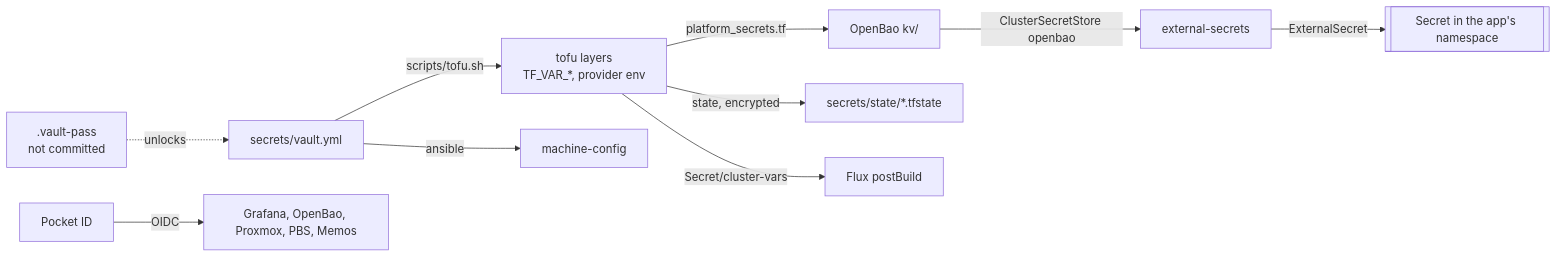
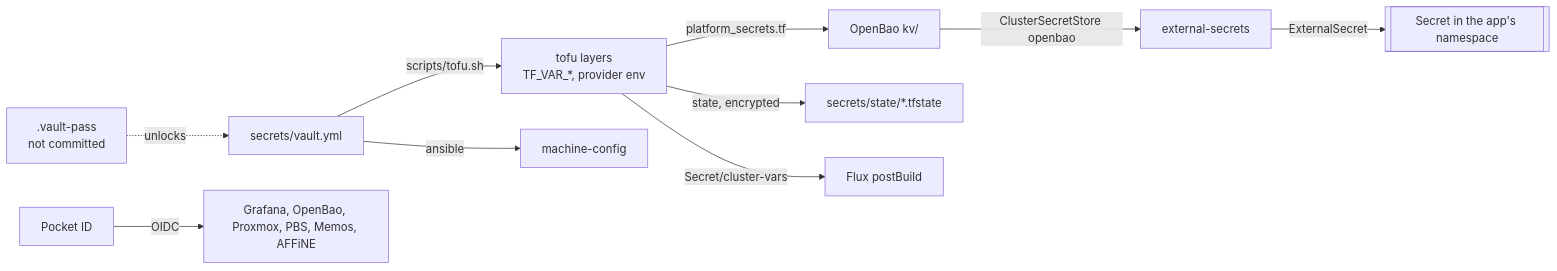
One commit to Sojamann/homelab changed the diagram in docs/src/access.md. Above: the diagram before and after it, drawn with Mermaid. The commit also changed other lines of this file and 20 other files, not shown here.

Commit message:
apps: AFFiNE on trial beside Memos, first CNPG cluster

````diff
--- a/docs/src/access.md
+++ b/docs/src/access.md
@@ -13,12 +13,12 @@
 ```mermaid
 graph LR
   VP[".vault-pass<br/>not committed"] -.->|unlocks| V["secrets/vault.yml"]
   V -->|scripts/tofu.sh| L["tofu layers<br/>TF_VAR_*, provider env"]
   V -->|ansible| MC["machine-config"]
   L -->|platform_secrets.tf| BAO["OpenBao kv/"]
   L -->|state, encrypted| ST["secrets/state/*.tfstate"]
   L -->|Secret/cluster-vars| FLUX["Flux postBuild"]
   BAO -->|ClusterSecretStore openbao| ESO["external-secrets"]
   ESO -->|ExternalSecret| S[["Secret in the app's namespace"]]
-  PID["Pocket ID"] -->|OIDC| PEOPLE["Grafana, OpenBao, Proxmox, PBS, Memos"]
+  PID["Pocket ID"] -->|OIDC| PEOPLE["Grafana, OpenBao, Proxmox, PBS, Memos, AFFiNE"]
 ```
````
